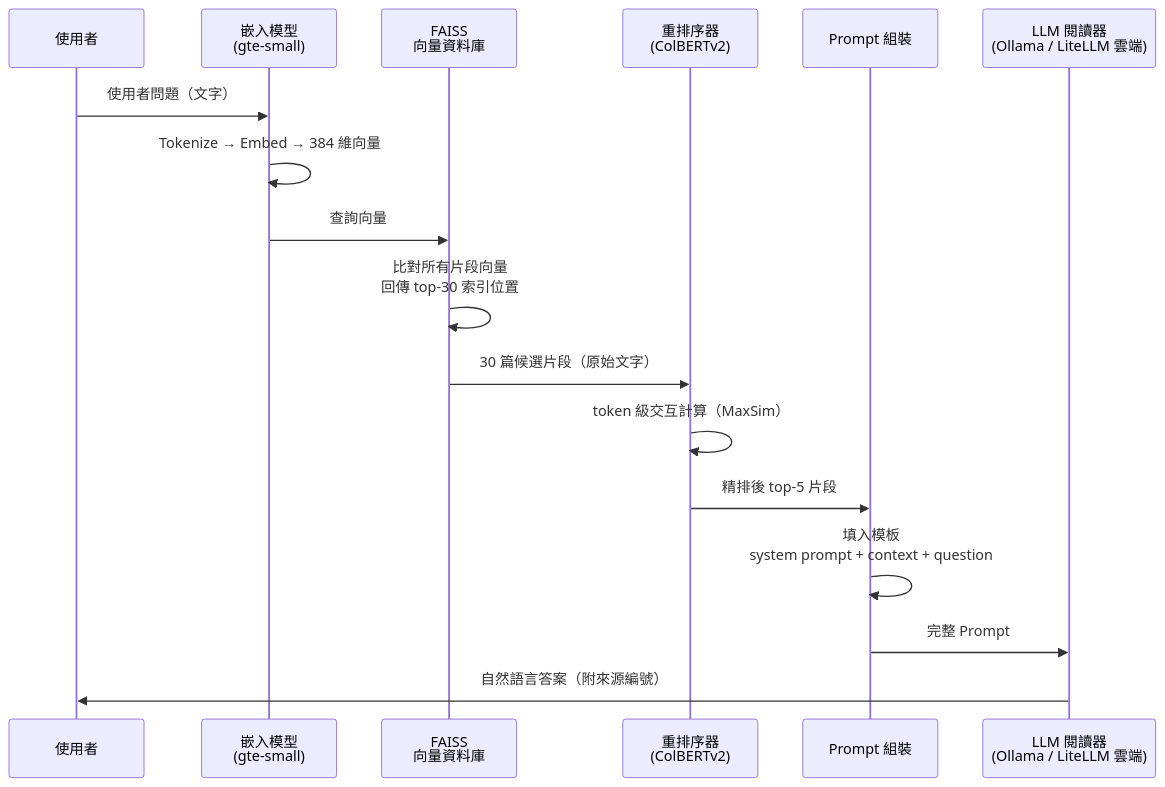
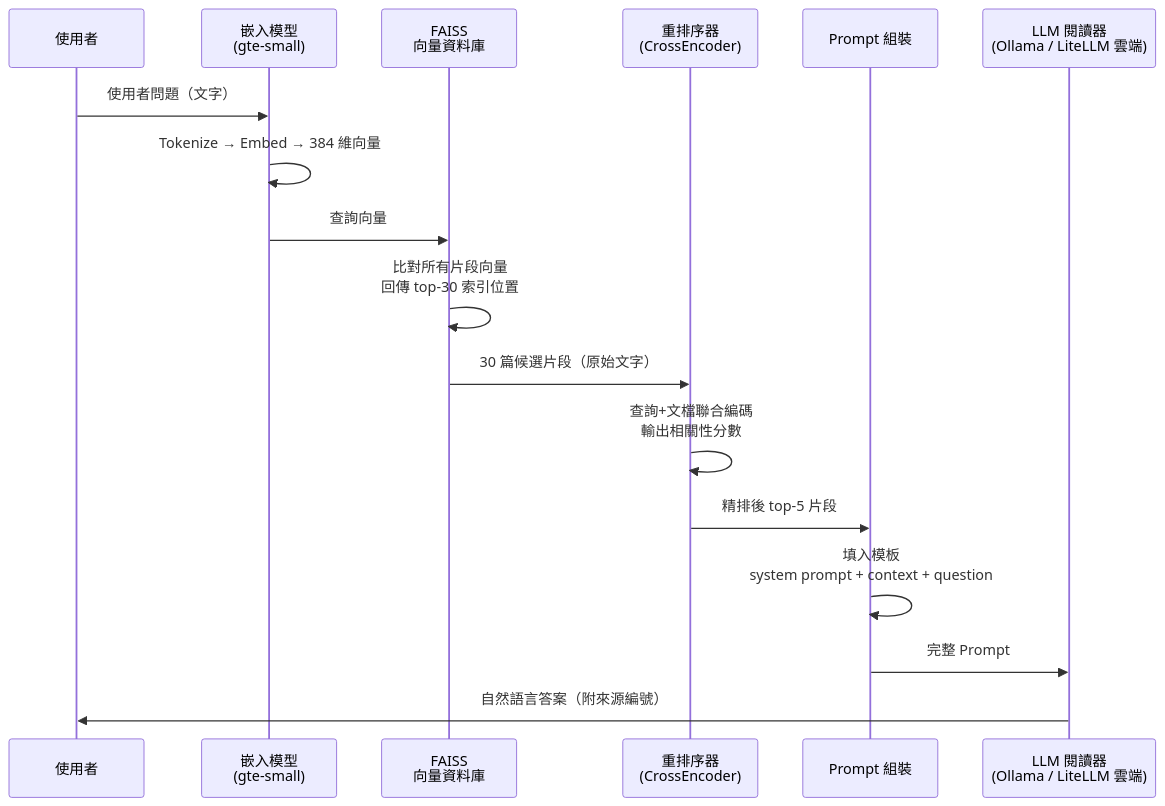
One commit to JoeW00/week6-advanced-rag changed the fourth of 4 diagrams in docs/RAG_SDD.md. Above: the diagram before and after it, drawn with Mermaid. The commit also changed other lines of this file and 5 other files, not shown here.

````diff
--- a/docs/RAG_SDD.md
+++ b/docs/RAG_SDD.md
@@ -747,20 +766,20 @@
 ```mermaid
 sequenceDiagram
     participant U as 使用者
     participant EMB as 嵌入模型<br>(gte-small)
     participant FAISS as FAISS<br>向量資料庫
-    participant RR as 重排序器<br>(ColBERTv2)
+    participant RR as 重排序器<br>(CrossEncoder)
     participant P as Prompt 組裝
     participant LLM as LLM 閱讀器<br>(Ollama / LiteLLM 雲端)
 
     U->>EMB: 使用者問題（文字）
     EMB->>EMB: Tokenize → Embed → 384 維向量
     EMB->>FAISS: 查詢向量
     FAISS->>FAISS: 比對所有片段向量<br>回傳 top-30 索引位置
     FAISS->>RR: 30 篇候選片段（原始文字）
-    RR->>RR: token 級交互計算（MaxSim）
+    RR->>RR: 查詢+文檔聯合編碼<br>輸出相關性分數
     RR->>P: 精排後 top-5 片段
     P->>P: 填入模板<br>system prompt + context + question
     P->>LLM: 完整 Prompt
     LLM->>U: 自然語言答案（附來源編號）
 ```
````
